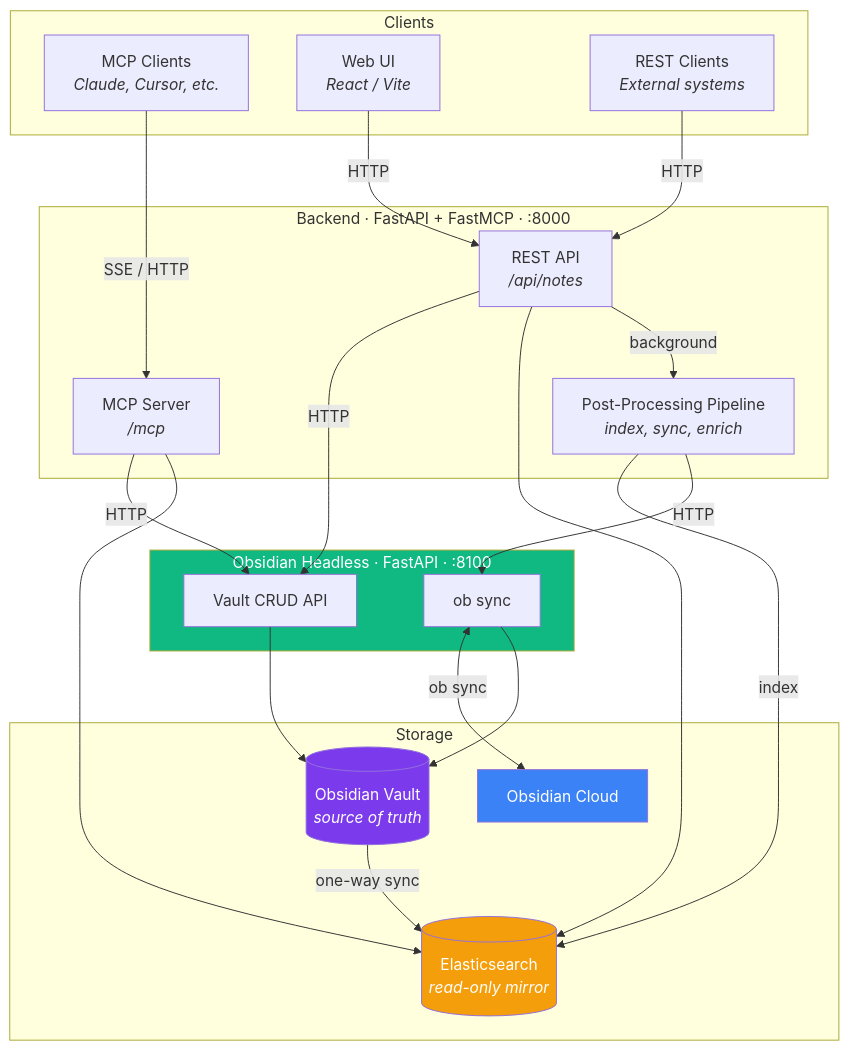
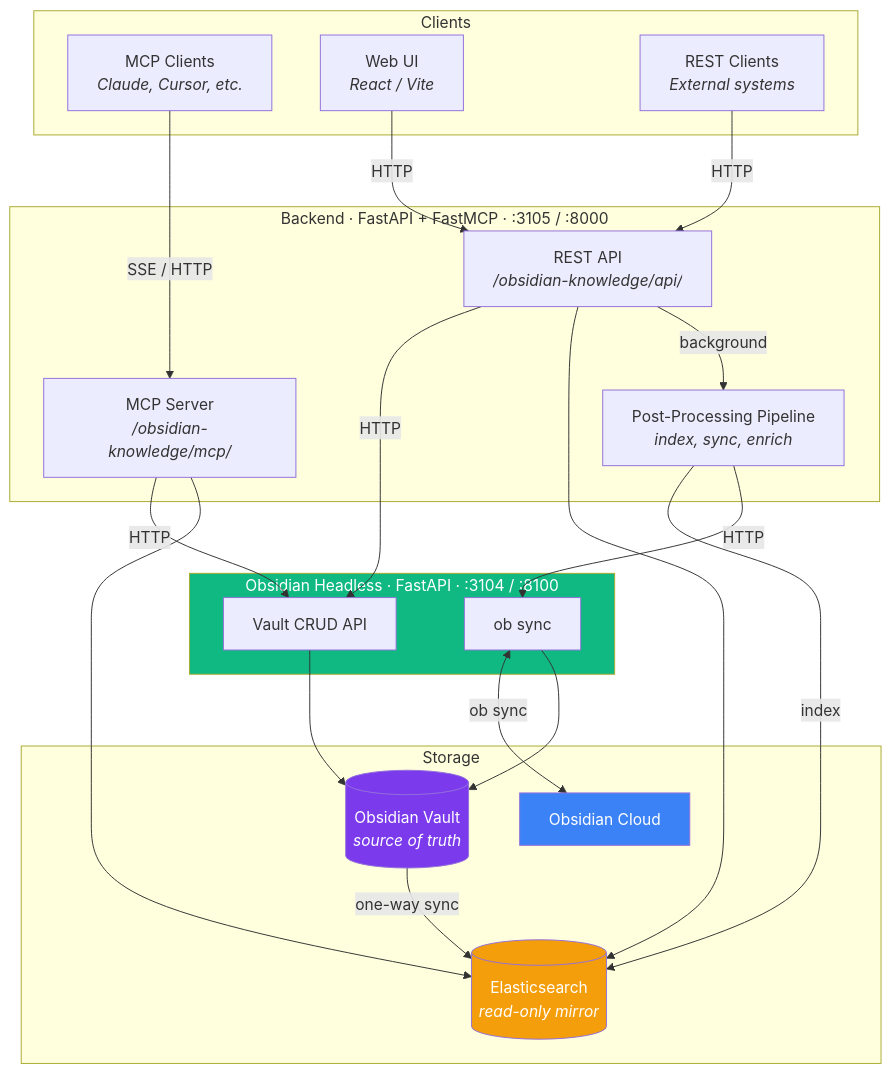
The diagram in README.md (derickson/obsidian-knowledge), drawn with Mermaid before and after one commit. The commit also changed other lines of this file, not shown here.

Commit message:
Update README with correct ports, paths, and env var references

````diff
--- a/README.md
+++ b/README.md
@@ -7,49 +7,49 @@
 ```mermaid
 graph TD
     subgraph Clients
         MCP[MCP Clients<br><i>Claude, Cursor, etc.</i>]
         UI[Web UI<br><i>React / Vite</i>]
         REST[REST Clients<br><i>External systems</i>]
     end
 
-    subgraph Backend["Backend · FastAPI + FastMCP · :8000"]
-        API[REST API<br><i>/api/notes</i>]
-        MCPS[MCP Server<br><i>/mcp</i>]
+    subgraph Backend["Backend · FastAPI + FastMCP · :3105 / :8000"]
+        API[REST API<br><i>/obsidian-knowledge/api/</i>]
+        MCPS[MCP Server<br><i>/obsidian-knowledge/mcp/</i>]
         Pipeline[Post-Processing Pipeline<br><i>index, sync, enrich</i>]
     end
 
-    subgraph Headless["Obsidian Headless · FastAPI · :8100"]
+    subgraph Headless["Obsidian Headless · FastAPI · :3104 / :8100"]
         VaultAPI[Vault CRUD API]
         Sync[ob sync]
     end
 
     subgraph Storage
         Vault[(Obsidian Vault<br><i>source of truth</i>)]
         ES[(Elasticsearch<br><i>read-only mirror</i>)]
         Cloud[Obsidian Cloud]
     end
 
     MCP -->|SSE / HTTP| MCPS
     UI -->|HTTP| API
     REST -->|HTTP| API
 
     API -->|HTTP| VaultAPI
     MCPS -->|HTTP| VaultAPI
     API --> ES
     MCPS --> ES
 
     API -->|background| Pipeline
     Pipeline -->|index| ES
     Pipeline -->|HTTP| Sync
 
     VaultAPI --> Vault
     Sync <-->|ob sync| Cloud
     Sync --> Vault
 
     Vault -->|one-way sync| ES
 
     style Vault fill:#7c3aed,color:#fff
     style ES fill:#f59e0b,color:#fff
     style Cloud fill:#3b82f6,color:#fff
     style Headless fill:#10b981,color:#fff
 ```
````
